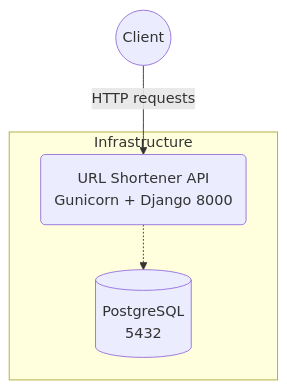
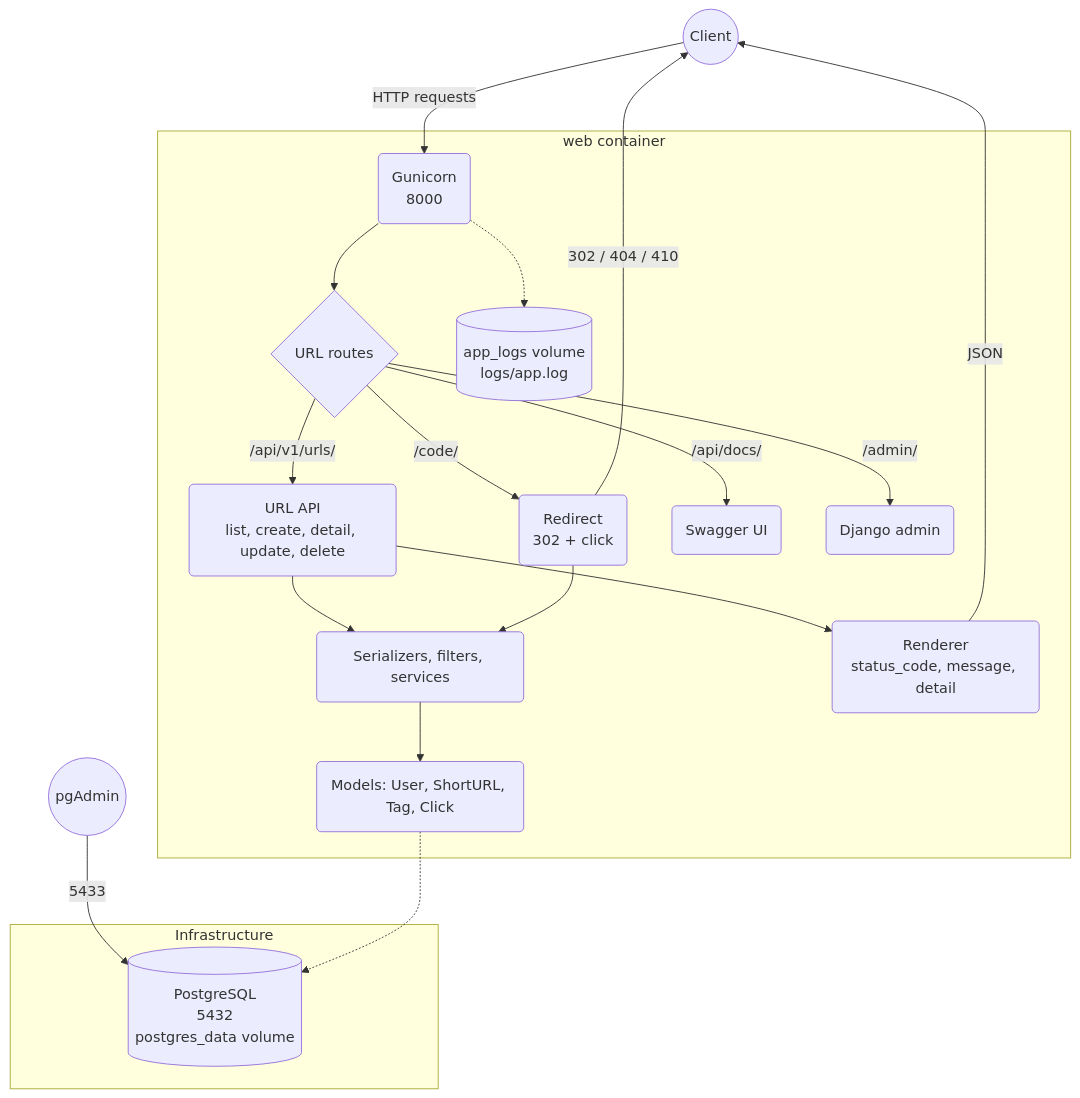
Before and after one commit to Molyceo12/AmaliTech_Python_Backend_Labs: the diagram in DJANGO/url-shortener-microservice/README.md, drawn with Mermaid. The commit also changed other lines of this file, not shown here.

Commit message:
Show every part in the architecture diagram

````diff
--- a/DJANGO/url-shortener-microservice/README.md
+++ b/DJANGO/url-shortener-microservice/README.md
@@ -13,8 +13,27 @@
 ```mermaid
 graph TD
-    Client((Client)) -->|HTTP requests| Web(URL Shortener API<br/>Gunicorn + Django 8000)
+    Client((Client)) -->|HTTP requests| Gunicorn(Gunicorn<br/>8000)
+    PgAdmin((pgAdmin)) -->|5433| DB
+
+    subgraph Web["web container"]
+        Gunicorn --> Routes{URL routes}
+        Routes -->|/api/v1/urls/| API(URL API<br/>list, create, detail, update, delete)
+        Routes -->|/code/| Redirect(Redirect<br/>302 + click)
+        Routes -->|/api/docs/| Docs(Swagger UI)
+        Routes -->|/admin/| Admin(Django admin)
+        API --> Logic(Serializers, filters, services)
+        Redirect --> Logic
+        Logic --> Models(Models: User, ShortURL, Tag, Click)
+        API --> Renderer(Renderer<br/>status_code, message, detail)
+        Logs[(app_logs volume<br/>logs/app.log)]
+    end
 
     subgraph "Infrastructure"
-        Web -.-> DB[(PostgreSQL<br/>5432)]
+        DB[(PostgreSQL<br/>5432<br/>postgres_data volume)]
     end
+
+    Models -.-> DB
+    Renderer -->|JSON| Client
+    Redirect -->|302 / 404 / 410| Client
+    Gunicorn -.-> Logs
 ```
````
